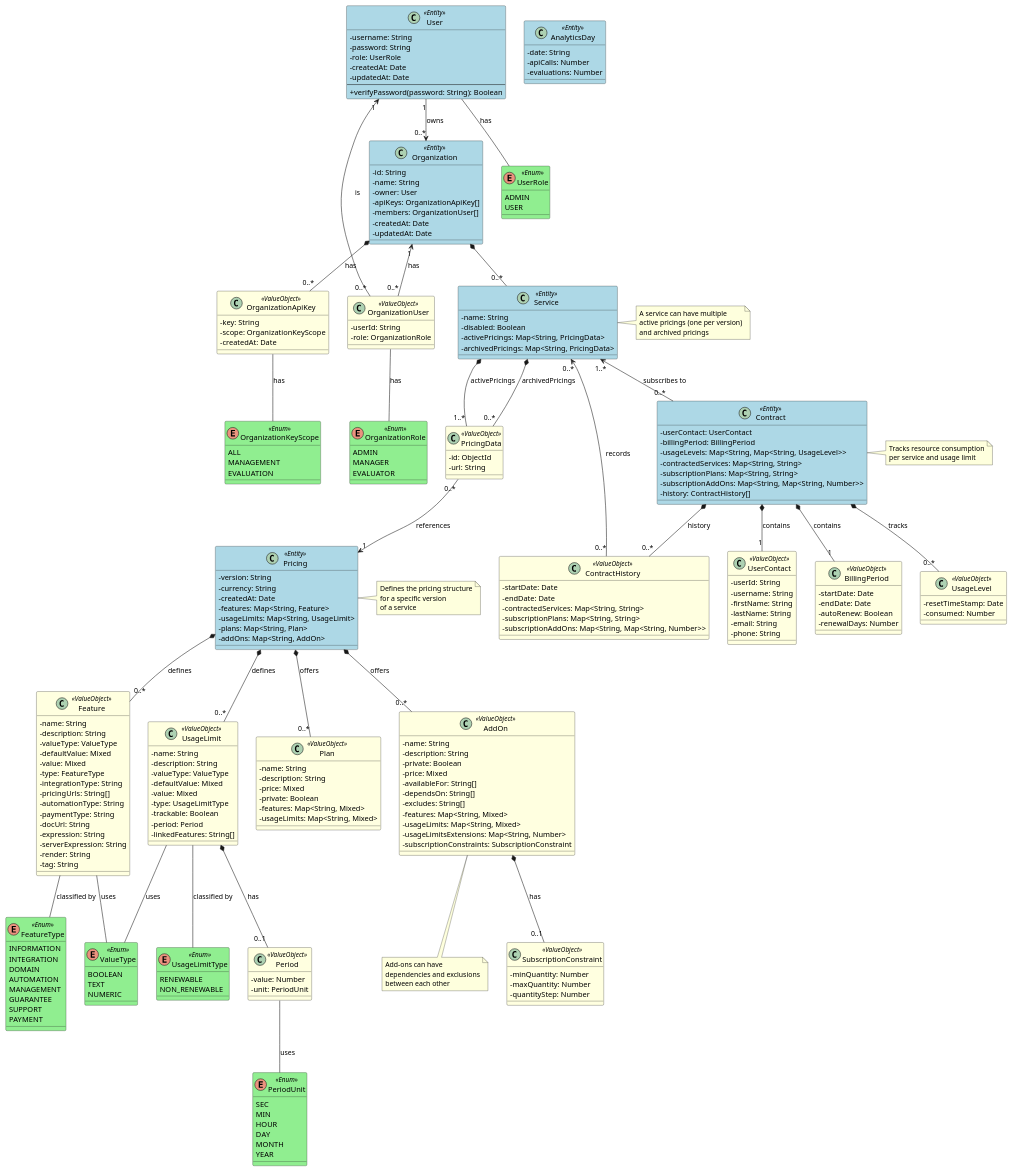
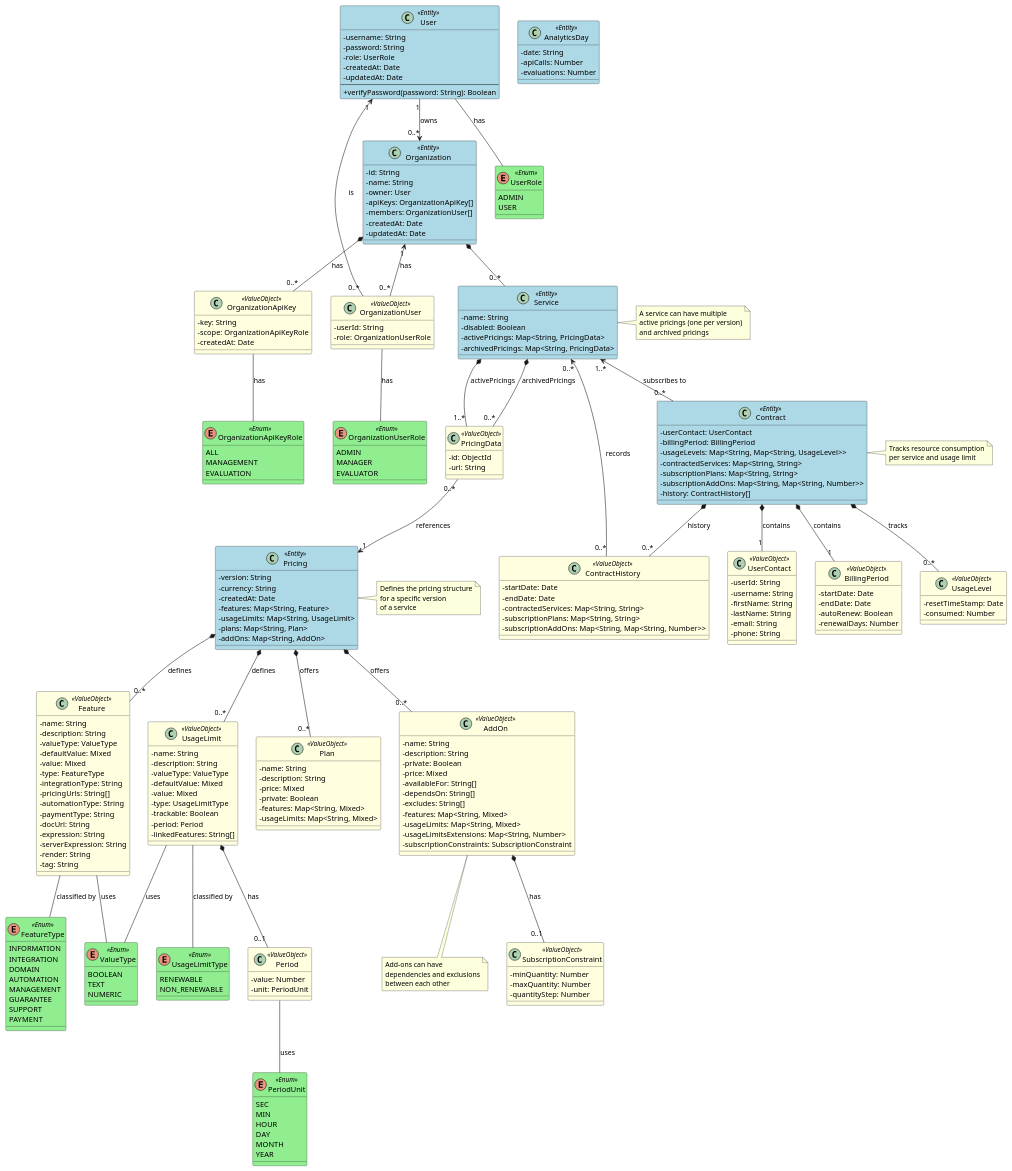
The diagram in docs/domain-model.puml (isa-group/space), drawn with PlantUML before and after one commit. The commit also changed 12 other files, not shown here.

Commit message:
feat: first implementation of multiple api key authentication

```diff
--- a/docs/domain-model.puml
+++ b/docs/domain-model.puml
@@ -14,13 +14,13 @@
     USER
 }
 
-enum OrganizationKeyScope <<Enum>> {
+enum OrganizationApiKeyRole <<Enum>> {
     ALL
     MANAGEMENT
     EVALUATION
 }
 
-enum OrganizationRole <<Enum>> {
+enum OrganizationUserRole <<Enum>> {
     ADMIN
     MANAGER
     EVALUATOR
@@ -123,12 +123,12 @@
 
 class OrganizationUser <<ValueObject>> {
     - userId: String
-    - role: OrganizationRole
+    - role: OrganizationUserRole
 }
 
 class OrganizationApiKey <<ValueObject>> {
     - key: String
-    - scope: OrganizationKeyScope
+    - scope: OrganizationApiKeyRole
     - createdAt: Date
 }
 
@@ -234,7 +234,7 @@
 Organization *-- "0..*" OrganizationApiKey : has
 Organization *-- "0..*" Service
 
-OrganizationUser -- OrganizationRole : has
+OrganizationUser -- OrganizationUserRole : has
 
 Service *-- "1..*" PricingData : activePricings
 Service *-- "0..*" PricingData : archivedPricings
@@ -258,7 +258,7 @@
 Period -- PeriodUnit : uses
 
 User -- UserRole : has
-OrganizationApiKey -- OrganizationKeyScope : has
+OrganizationApiKey -- OrganizationApiKeyRole : has
 
 ' Notes
 note right of Service
```
